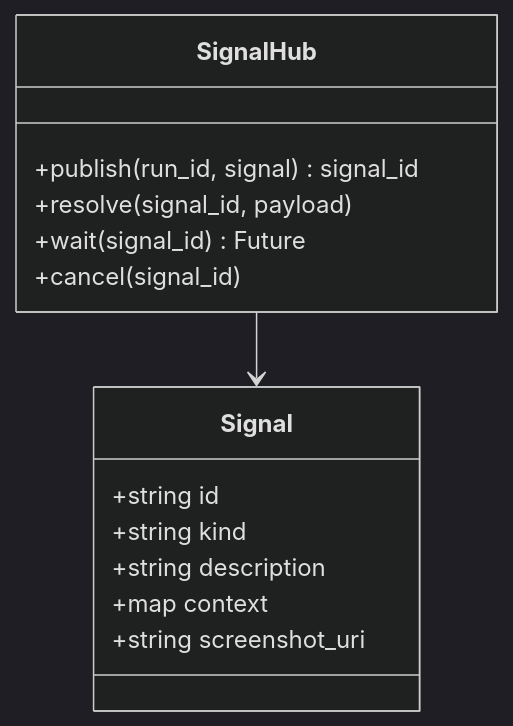
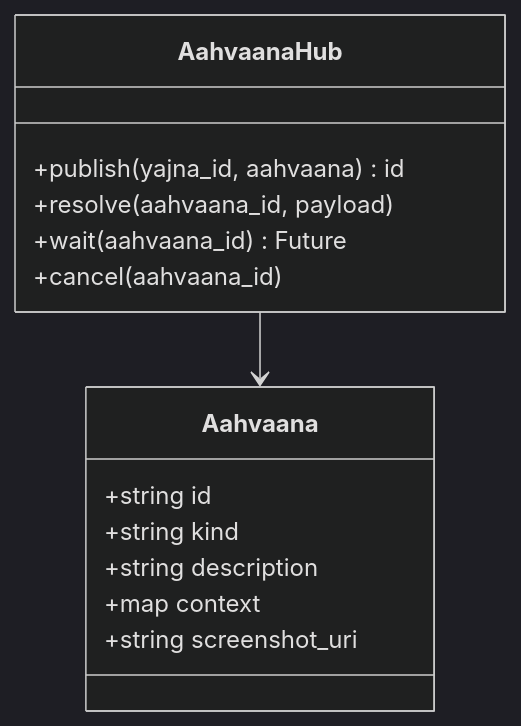
Before and after one commit to so-weak/Aakaar: diagram 11 of 12 in documentation/src/02-LLD.md, drawn with Mermaid (dark theme). The commit also changed other lines of this file and 56 other files, not shown here.

````diff
--- a/documentation/src/02-LLD.md
+++ b/documentation/src/02-LLD.md
@@ -355,17 +350,17 @@
 ```mermaid
 classDiagram
-  class SignalHub {
-    +publish(run_id, signal) signal_id
-    +resolve(signal_id, payload)
-    +wait(signal_id) Future
-    +cancel(signal_id)
+  class AahvaanaHub {
+    +publish(yajna_id, aahvaana) id
+    +resolve(aahvaana_id, payload)
+    +wait(aahvaana_id) Future
+    +cancel(aahvaana_id)
   }
-  class Signal {
+  class Aahvaana {
     +string id
     +string kind
     +string description
     +map context
     +string screenshot_uri
   }
-  SignalHub --> Signal
+  AahvaanaHub --> Aahvaana
 ```
````
